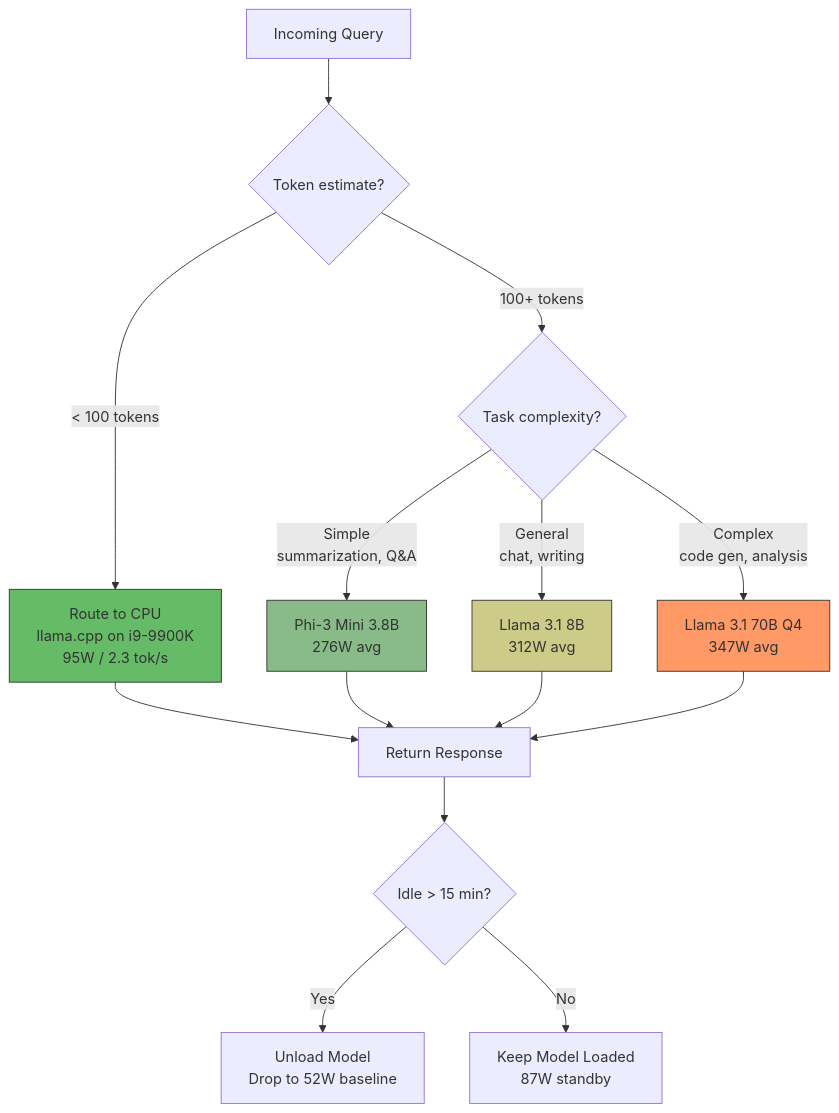
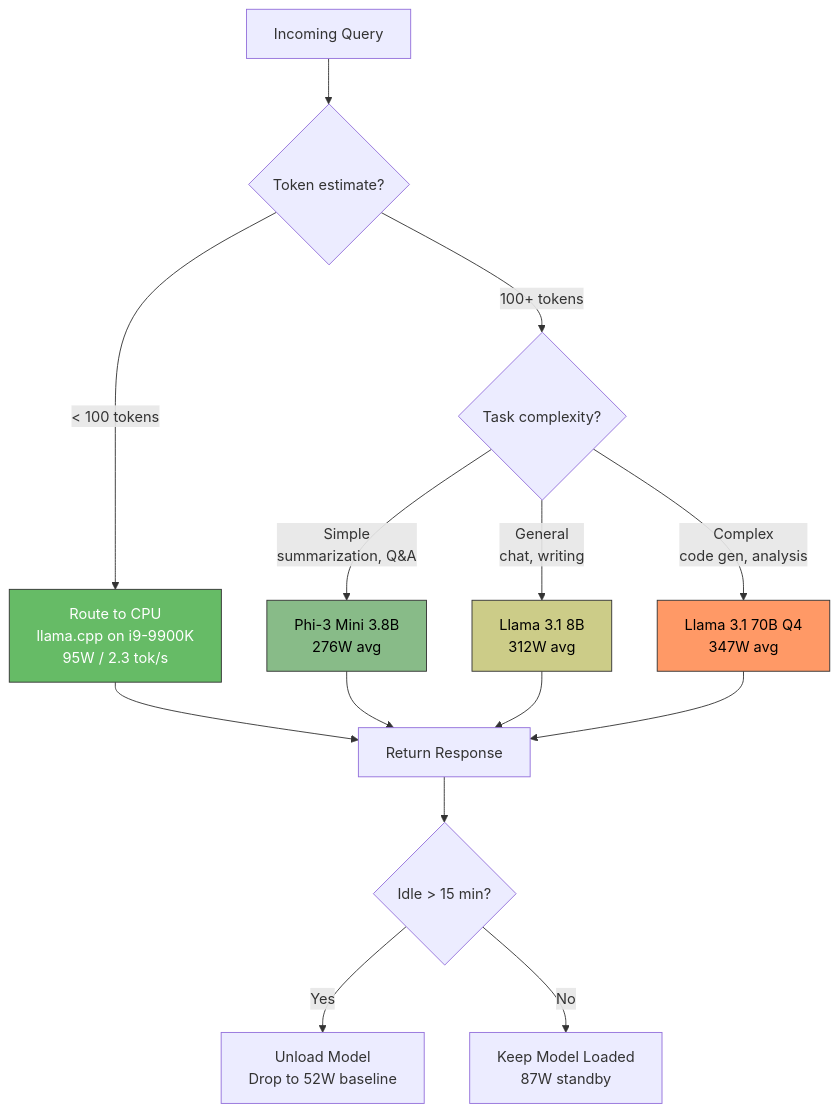
One commit to williamzujkowski/williamzujkowski.github.io changed the fourth of 4 diagrams in src/posts/2024-11-15-gpu-power-monitoring-homelab-ml.md. Above: the diagram before and after it, drawn with Mermaid. The commit also changed other lines of this file and 40 other files, not shown here.

First line of the commit message:
fix(blog): add explicit text color to all mermaid classDef/style (#171)

````diff
--- a/src/posts/2024-11-15-gpu-power-monitoring-homelab-ml.md
+++ b/src/posts/2024-11-15-gpu-power-monitoring-homelab-ml.md
@@ -258,25 +258,25 @@
 ```mermaid
 flowchart TD
     REQ[Incoming Query] --> SIZE{Token estimate?}
 
     SIZE -->|< 100 tokens| CPU[Route to CPU<br/>llama.cpp on i9-9900K<br/>95W / 2.3 tok/s]
     SIZE -->|100+ tokens| COMPLEXITY{Task complexity?}
 
     COMPLEXITY -->|Simple<br/>summarization, Q&A| PHI[Phi-3 Mini 3.8B<br/>276W avg]
     COMPLEXITY -->|General<br/>chat, writing| LLAMA8[Llama 3.1 8B<br/>312W avg]
     COMPLEXITY -->|Complex<br/>code gen, analysis| LLAMA70[Llama 3.1 70B Q4<br/>347W avg]
 
     CPU --> DONE[Return Response]
     PHI --> DONE
     LLAMA8 --> DONE
     LLAMA70 --> DONE
 
     DONE --> IDLE{Idle > 15 min?}
     IDLE -->|Yes| UNLOAD[Unload Model<br/>Drop to 52W baseline]
     IDLE -->|No| WAIT[Keep Model Loaded<br/>87W standby]
 
-    style CPU fill:#6b6,stroke:#333
-    style PHI fill:#8b8,stroke:#333
-    style LLAMA8 fill:#cc8,stroke:#333
-    style LLAMA70 fill:#f96,stroke:#333
+    style CPU fill:#6b6,color:#fff,stroke:#333
+    style PHI fill:#8b8,color:#000,stroke:#333
+    style LLAMA8 fill:#cc8,color:#000,stroke:#333
+    style LLAMA70 fill:#f96,color:#000,stroke:#333
 ```
````
